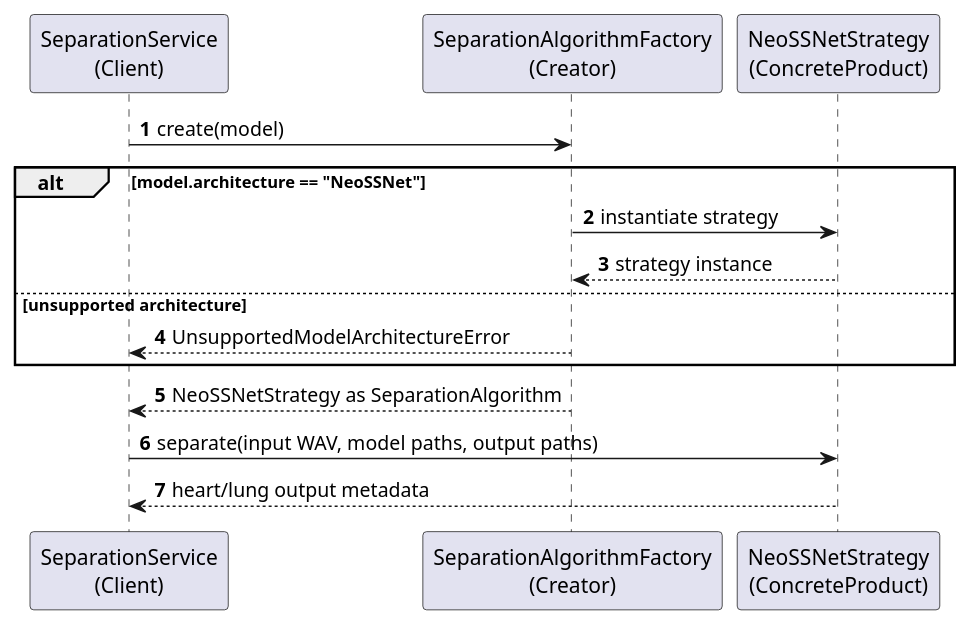
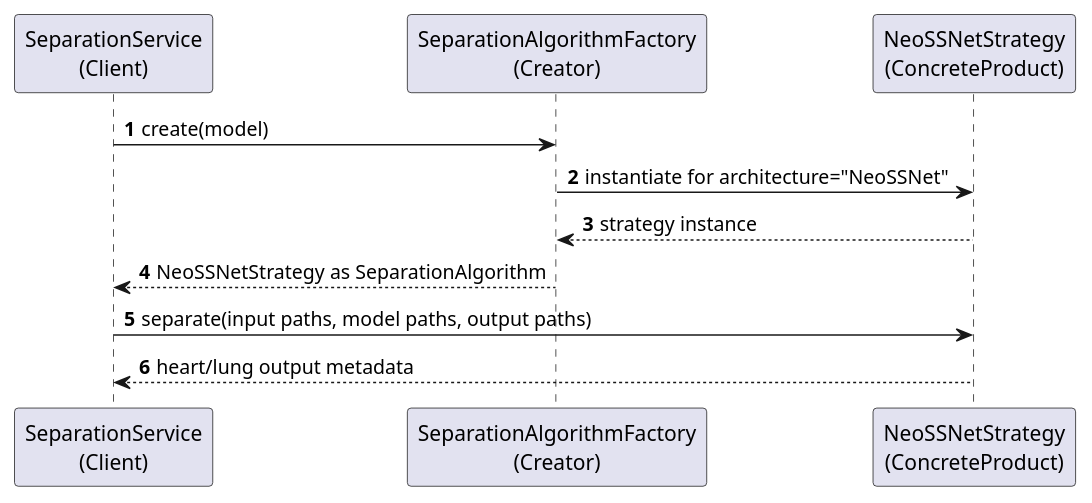
One commit to ASHRAF-2004/Machine-Learning-Based-System-for-Cardiopulmonary-Sound-Separation changed the diagram in docs/software_design_report/diagrams/puml/factory_method_sequence.puml. Above: the diagram before and after it, drawn with PlantUML. The commit also changed 20 other files, not shown here.

Commit message:
Polish software design report structure and diagrams

```diff
--- a/docs/software_design_report/diagrams/puml/factory_method_sequence.puml
+++ b/docs/software_design_report/diagrams/puml/factory_method_sequence.puml
@@ -1,25 +1,20 @@
 @startuml
 ' Factory Method Pattern sequence diagram.
 ' Suggested LaTeX placement: normal page.
 
 skinparam shadowing false
 autonumber
 
 participant "SeparationService\n(Client)" as Service
 participant "SeparationAlgorithmFactory\n(Creator)" as Factory
 participant "NeoSSNetStrategy\n(ConcreteProduct)" as NeoSSNet
 
 Service -> Factory : create(model)
 
-alt model.architecture == "NeoSSNet"
-  Factory -> NeoSSNet : instantiate strategy
-  NeoSSNet --> Factory : strategy instance
-else unsupported architecture
-  Factory --> Service : UnsupportedModelArchitectureError
-end
-
+Factory -> NeoSSNet : instantiate for architecture="NeoSSNet"
+NeoSSNet --> Factory : strategy instance
 Factory --> Service : NeoSSNetStrategy as SeparationAlgorithm
-Service -> NeoSSNet : separate(input WAV, model paths, output paths)
+Service -> NeoSSNet : separate(input paths, model paths, output paths)
 NeoSSNet --> Service : heart/lung output metadata
 
 @enduml
```
